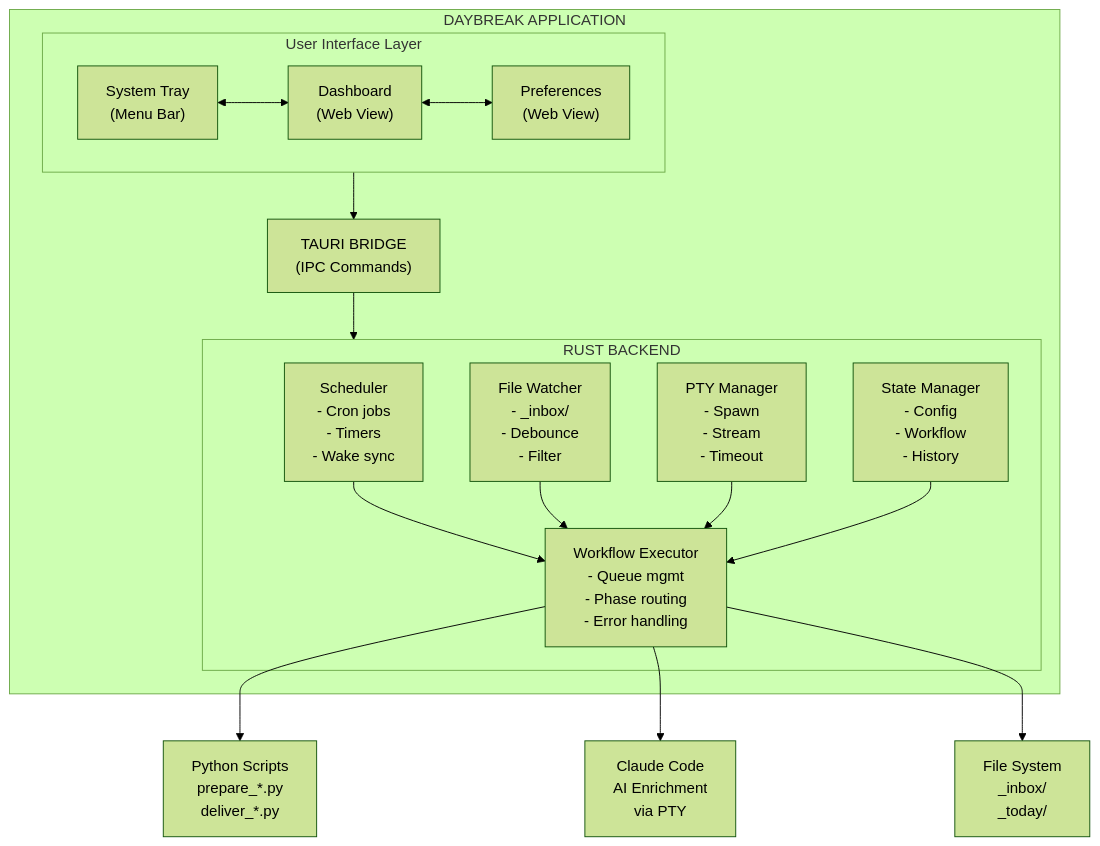
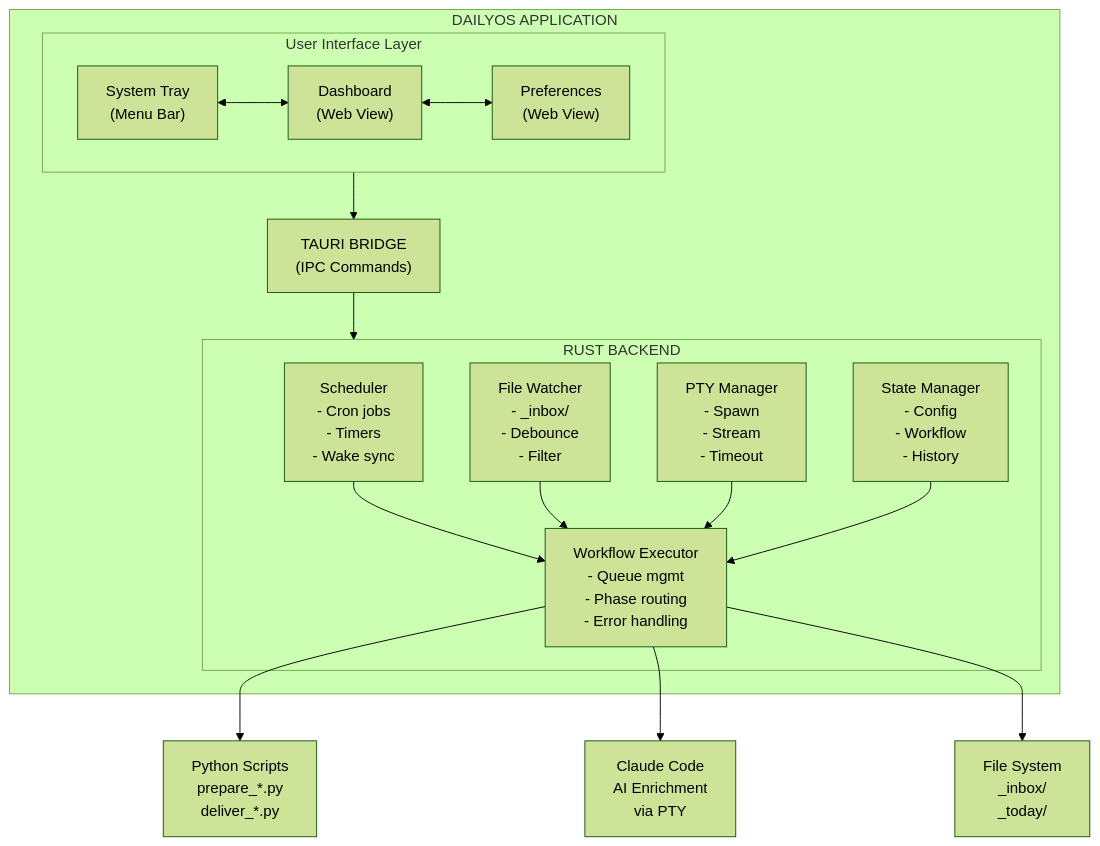
One commit to jamesgiroux/daily-operating-system changed the first of 6 diagrams in daybreak/docs/ARCHITECTURE.md. Above: the diagram before and after it, drawn with Mermaid (forest theme). The commit also changed other lines of this file and 3 other files, not shown here.

````diff
--- a/daybreak/docs/ARCHITECTURE.md
+++ b/daybreak/docs/ARCHITECTURE.md
@@ -61,34 +63,34 @@
 ```mermaid
 flowchart TB
-    subgraph APP["DAYBREAK APPLICATION"]
+    subgraph APP["DAILYOS APPLICATION"]
         subgraph UI["User Interface Layer"]
             Tray["System Tray<br/>(Menu Bar)"]
             Dashboard["Dashboard<br/>(Web View)"]
             Prefs["Preferences<br/>(Web View)"]
             Tray <--> Dashboard <--> Prefs
         end
 
         Bridge["TAURI BRIDGE<br/>(IPC Commands)"]
         UI --> Bridge
 
         subgraph Backend["RUST BACKEND"]
             Scheduler["Scheduler<br/>- Cron jobs<br/>- Timers<br/>- Wake sync"]
             Watcher["File Watcher<br/>- _inbox/<br/>- Debounce<br/>- Filter"]
             PTY["PTY Manager<br/>- Spawn<br/>- Stream<br/>- Timeout"]
             State["State Manager<br/>- Config<br/>- Workflow<br/>- History"]
 
             Executor["Workflow Executor<br/>- Queue mgmt<br/>- Phase routing<br/>- Error handling"]
 
             Scheduler --> Executor
             Watcher --> Executor
             PTY --> Executor
             State --> Executor
         end
 
         Bridge --> Backend
     end
 
     Executor --> Python["Python Scripts<br/>prepare_*.py<br/>deliver_*.py"]
     Executor --> Claude["Claude Code<br/>AI Enrichment<br/>via PTY"]
     Executor --> Files["File System<br/>_inbox/<br/>_today/"]
 ```
````
